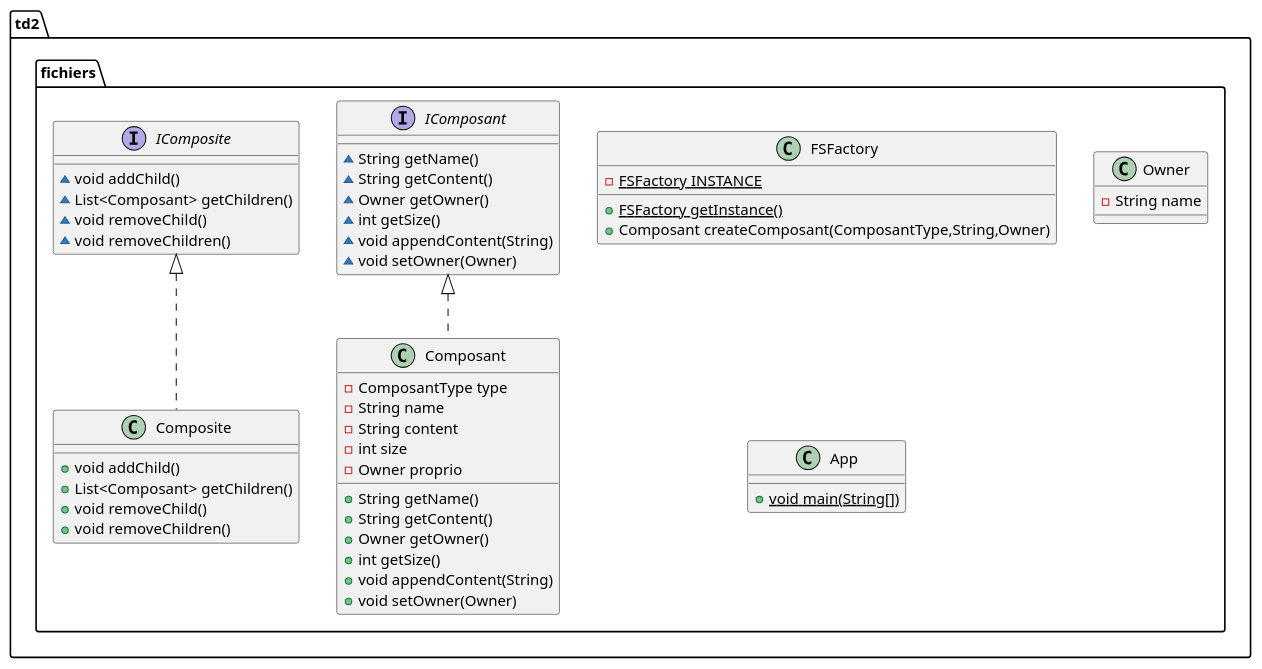
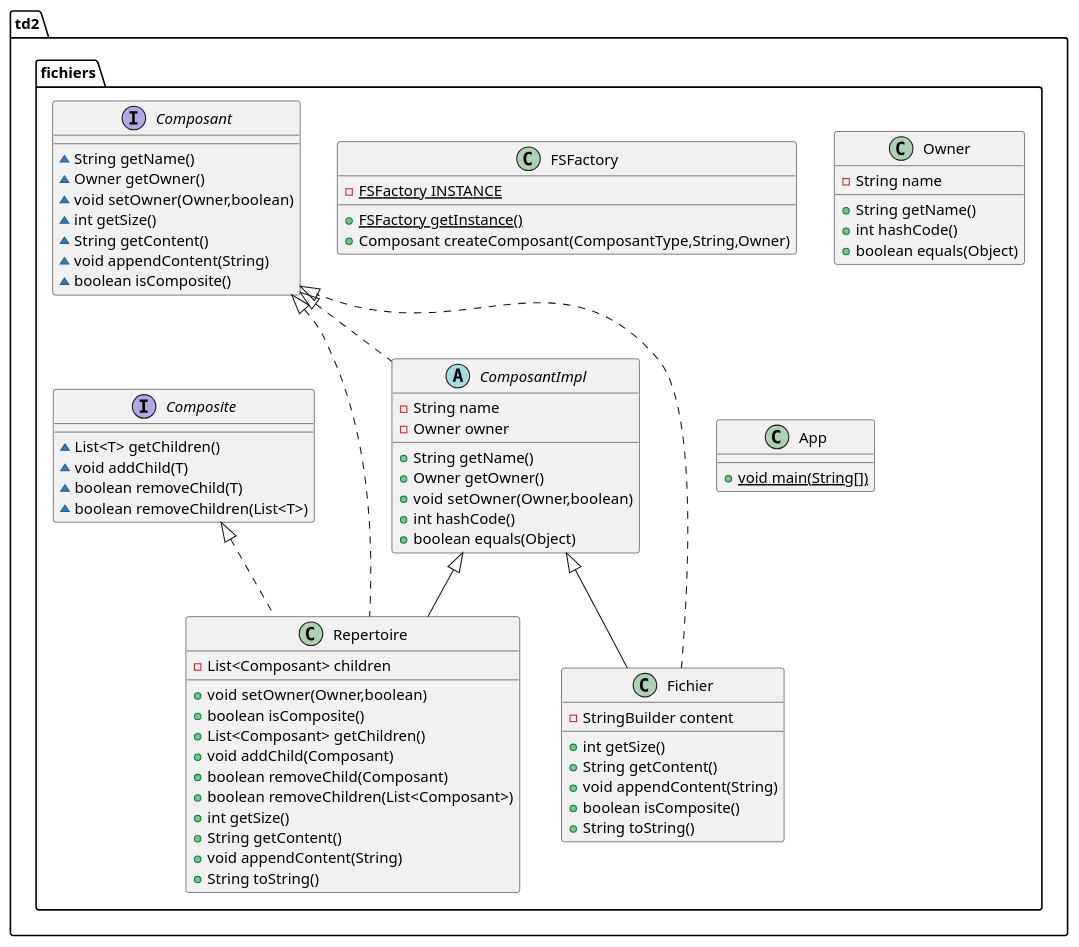
The diagram in TD2/docs/fichiers.puml (malinvaudpaul/Malinvaud_MACA_2021), drawn with PlantUML before and after one commit. The commit also changed 21 other files, not shown here.

```diff
--- a/TD2/docs/fichiers.puml
+++ b/TD2/docs/fichiers.puml
@@ -1,50 +1,69 @@
 @startuml
-interface td2.fichiers.IComposant {
+class td2.fichiers.Repertoire {
+- List<Composant> children
++ void setOwner(Owner,boolean)
++ boolean isComposite()
++ List<Composant> getChildren()
++ void addChild(Composant)
++ boolean removeChild(Composant)
++ boolean removeChildren(List<Composant>)
++ int getSize()
++ String getContent()
++ void appendContent(String)
++ String toString()
+}
+class td2.fichiers.Fichier {
+- StringBuilder content
++ int getSize()
++ String getContent()
++ void appendContent(String)
++ boolean isComposite()
++ String toString()
+}
+interface td2.fichiers.Composant {
 ~ String getName()
+~ Owner getOwner()
+~ void setOwner(Owner,boolean)
+~ int getSize()
 ~ String getContent()
-~ Owner getOwner()
-~ int getSize()
 ~ void appendContent(String)
-~ void setOwner(Owner)
+~ boolean isComposite()
 }
-class td2.fichiers.Composant {
-- ComposantType type
+interface td2.fichiers.Composite {
+~ List<T> getChildren()
+~ void addChild(T)
+~ boolean removeChild(T)
+~ boolean removeChildren(List<T>)
+}
+abstract class td2.fichiers.ComposantImpl {
 - String name
-- String content
-- int size
-- Owner proprio
+- Owner owner
 + String getName()
-+ String getContent()
 + Owner getOwner()
-+ int getSize()
-+ void appendContent(String)
-+ void setOwner(Owner)
-}
-class td2.fichiers.Composite {
-+ void addChild()
-+ List<Composant> getChildren()
-+ void removeChild()
-+ void removeChildren()
-}
-interface td2.fichiers.IComposite {
-~ void addChild()
-~ List<Composant> getChildren()
-~ void removeChild()
-~ void removeChildren()
++ void setOwner(Owner,boolean)
++ int hashCode()
++ boolean equals(Object)
 }
 class td2.fichiers.FSFactory {
 - {static} FSFactory INSTANCE
 + {static} FSFactory getInstance()
 + Composant createComposant(ComposantType,String,Owner)
 }
 class td2.fichiers.Owner {
 - String name
++ String getName()
++ int hashCode()
++ boolean equals(Object)
 }
 class td2.fichiers.App {
 + {static} void main(String[])
 }
 
 
-td2.fichiers.IComposant <|.. td2.fichiers.Composant
-td2.fichiers.IComposite <|.. td2.fichiers.Composite
+td2.fichiers.Composant <|.. td2.fichiers.Repertoire
+td2.fichiers.Composite <|.. td2.fichiers.Repertoire
+td2.fichiers.ComposantImpl <|-- td2.fichiers.Repertoire
+td2.fichiers.Composant <|.. td2.fichiers.Fichier
+td2.fichiers.ComposantImpl <|-- td2.fichiers.Fichier
+td2.fichiers.Composant <|.. td2.fichiers.ComposantImpl
 @enduml
```
